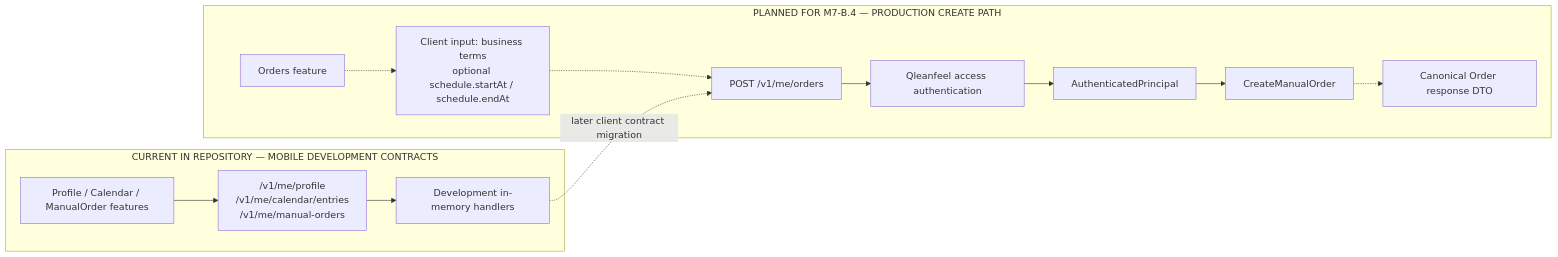
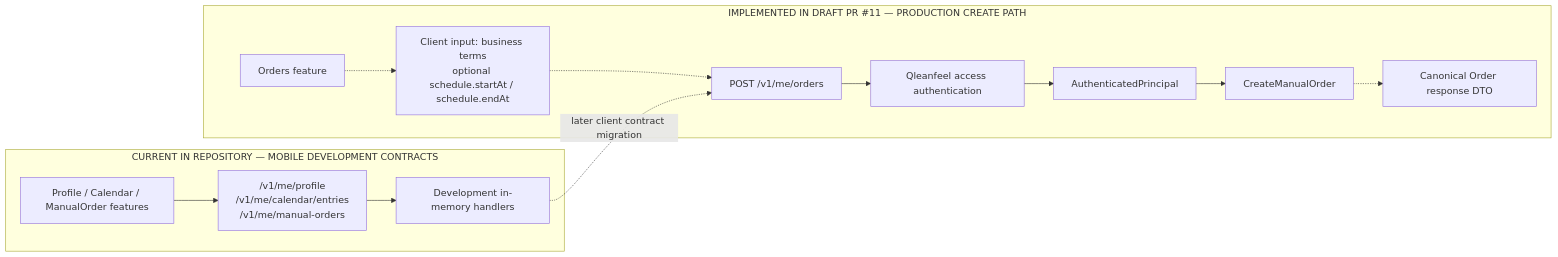
Before and after one commit to qleanfeel-bot/qleanfeel-rn: the third of 7 diagrams in docs/ARCHITECTURE_MAP.md, drawn with Mermaid. The commit also changed other lines of this file and 31 other files, not shown here.

````diff
--- a/docs/ARCHITECTURE_MAP.md
+++ b/docs/ARCHITECTURE_MAP.md
@@ -95,25 +95,25 @@
 ```mermaid
 flowchart LR
   subgraph Current["CURRENT IN REPOSITORY — MOBILE DEVELOPMENT CONTRACTS"]
     Features["Profile / Calendar / ManualOrder features"]
     Contracts["/v1/me/profile<br/>/v1/me/calendar/entries<br/>/v1/me/manual-orders"]
     Memory["Development in-memory handlers"]
     Features --> Contracts --> Memory
   end
 
-  subgraph B4["PLANNED FOR M7-B.4 — PRODUCTION CREATE PATH"]
+  subgraph B4["IMPLEMENTED IN DRAFT PR #11 — PRODUCTION CREATE PATH"]
     OrdersFeature["Orders feature"]
     Request["Client input: business terms<br/>optional schedule.startAt / schedule.endAt"]
     Route["POST /v1/me/orders"]
     Credential["Qleanfeel access authentication"]
     Principal["AuthenticatedPrincipal"]
     UseCase["CreateManualOrder"]
     Response["Canonical Order response DTO"]
     OrdersFeature -.-> Request
     Request -.-> Route
     Route --> Credential --> Principal --> UseCase
     UseCase -.-> Response
   end
 
   Memory -.->|"later client contract migration"| Route
 ```
````
